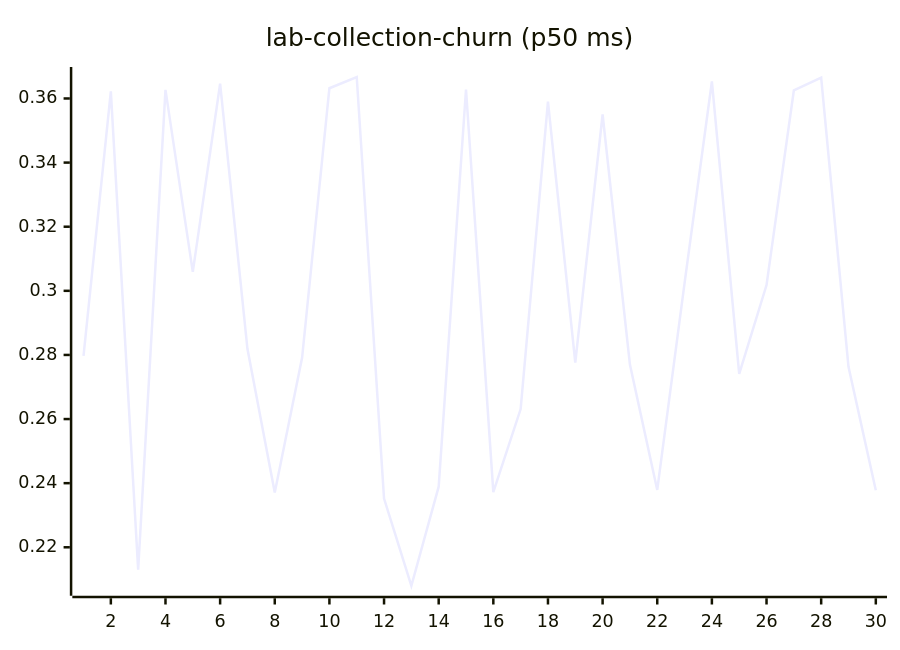
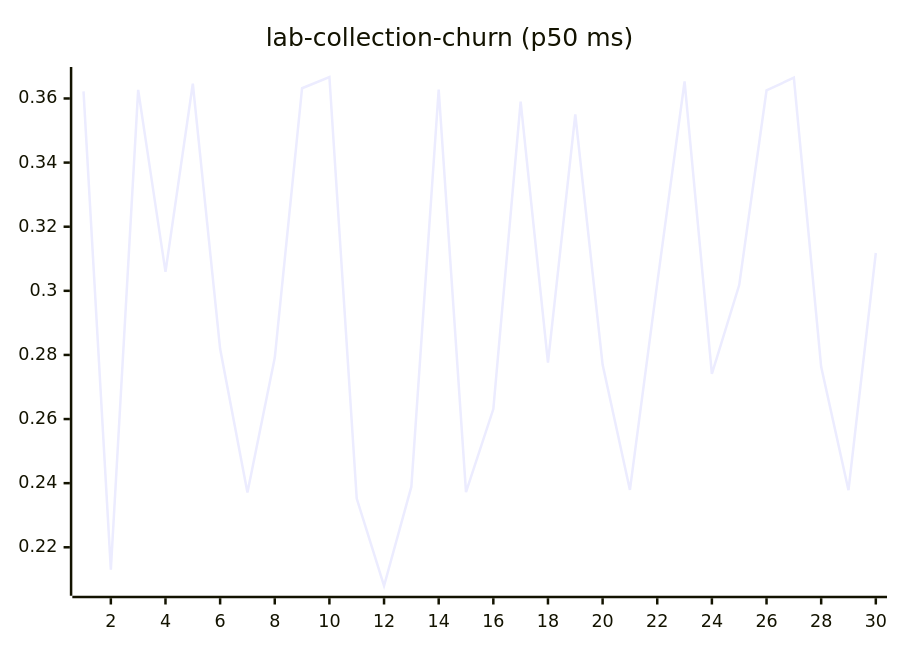
Diagram 11 of 27 in README.md (josha/Facet), drawn with Mermaid before and after one commit. The commit also changed other lines of this file and 2 other files, not shown here.

````diff
--- a/README.md
+++ b/README.md
@@ -133,6 +133,6 @@
 ```mermaid
 xychart-beta
     title "lab-collection-churn (p50 ms)"
     x-axis 1 --> 30
-    line [0.2797, 0.3622, 0.2130, 0.3627, 0.3059, 0.3646, 0.2819, 0.2371, 0.2791, 0.3632, 0.3667, 0.2352, 0.2080, 0.2389, 0.3628, 0.2372, 0.2631, 0.3590, 0.2776, 0.3550, 0.2770, 0.2379, 0.3024, 0.3653, 0.2741, 0.3018, 0.3625, 0.3665, 0.2763, 0.2378]
+    line [0.3622, 0.2130, 0.3627, 0.3059, 0.3646, 0.2819, 0.2371, 0.2791, 0.3632, 0.3667, 0.2352, 0.2080, 0.2389, 0.3628, 0.2372, 0.2631, 0.3590, 0.2776, 0.3550, 0.2770, 0.2379, 0.3024, 0.3653, 0.2741, 0.3018, 0.3625, 0.3665, 0.2763, 0.2378, 0.3118]
 ```
````
